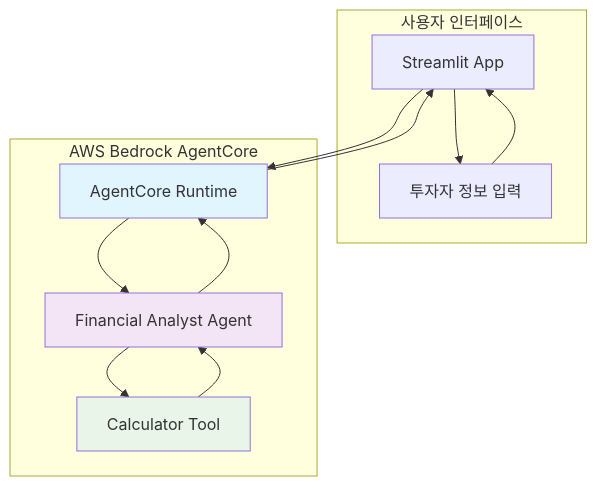
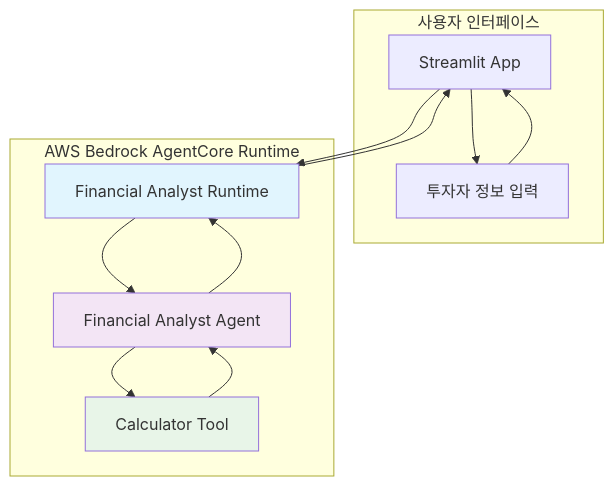
The first of 2 diagrams in financial_analyst/README.md (ksgsslee/investment_advisor_strands), drawn with Mermaid before and after one commit. The commit also changed other lines of this file and 3 other files, not shown here.

Commit message:
portfolio_architect

````diff
--- a/financial_analyst/README.md
+++ b/financial_analyst/README.md
@@ -16,26 +16,26 @@
 ```mermaid
 graph TB
     subgraph "사용자 인터페이스"
         UI[Streamlit App]
-        USER[투자자 정보 입력]
+        INPUT[투자자 정보 입력]
     end
     
-    subgraph "AWS Bedrock AgentCore"
-        RUNTIME[AgentCore Runtime]
+    subgraph "AWS Bedrock AgentCore Runtime"
+        RUNTIME[Financial Analyst Runtime]
         AGENT[Financial Analyst Agent]
         CALC[Calculator Tool]
     end
     
-    USER --> UI
+    INPUT --> UI
     UI --> RUNTIME
     RUNTIME --> AGENT
     AGENT --> CALC
     CALC --> AGENT
     AGENT --> RUNTIME
     RUNTIME --> UI
-    UI --> USER
+    UI --> INPUT
     
     style RUNTIME fill:#e1f5fe
     style AGENT fill:#f3e5f5
     style CALC fill:#e8f5e8
 ```
````
